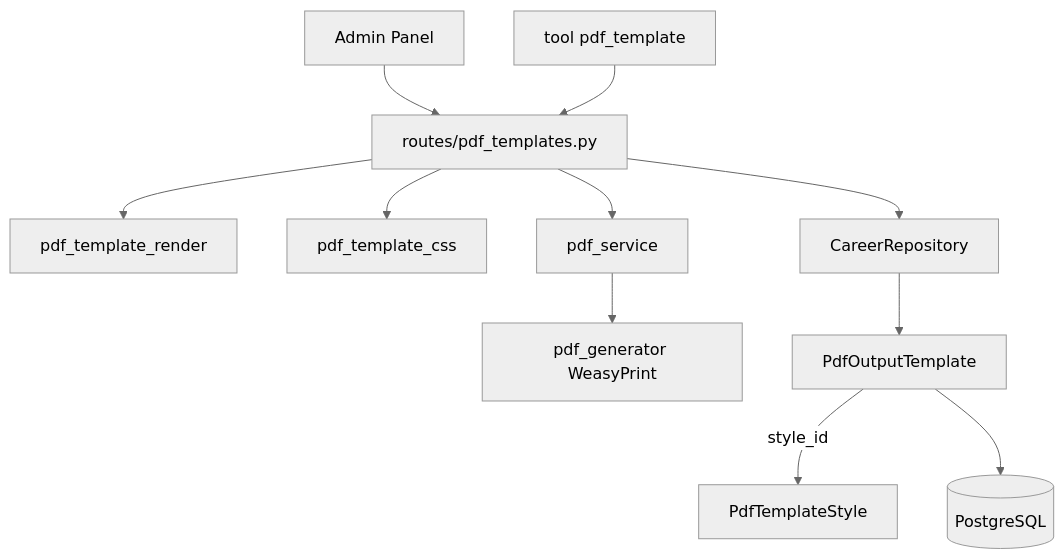
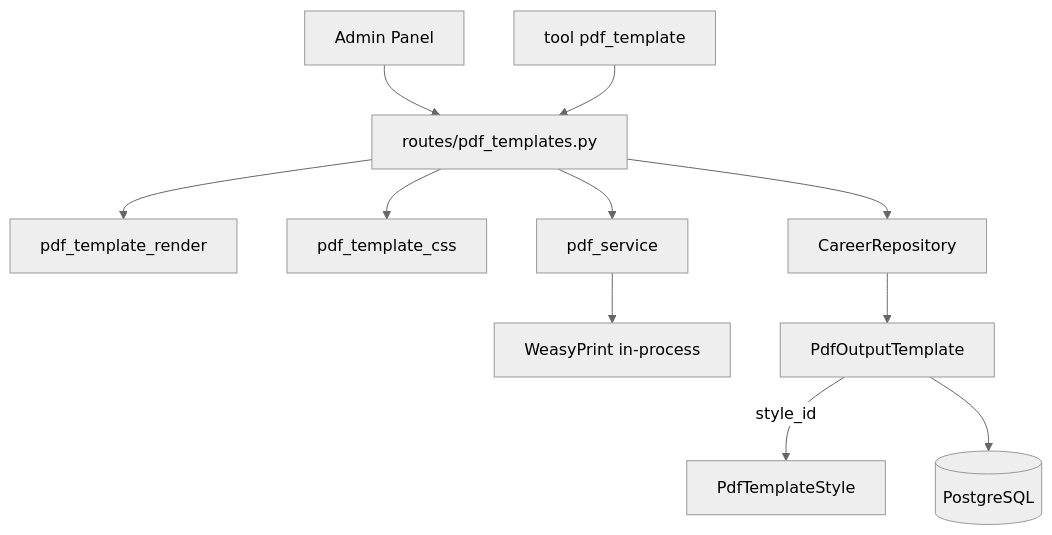
The diagram in cjhirashi-career-api/docs/sections/pdf-templates/README.md (cjhirashi/cjhirashi-career), drawn with Mermaid (neutral theme) before and after one commit. The commit also changed other lines of this file and 208 other files, not shown here.

````diff
--- a/cjhirashi-career-api/docs/sections/pdf-templates/README.md
+++ b/cjhirashi-career-api/docs/sections/pdf-templates/README.md
@@ -14,13 +14,13 @@
 ```mermaid
 flowchart TB
     Admin[Admin Panel] --> Tpl[routes/pdf_templates.py]
     Agent[tool pdf_template] --> Tpl
     Tpl --> Render[pdf_template_render]
     Tpl --> CSS[pdf_template_css]
     Tpl --> PDF[pdf_service]
-    PDF --> Gen[pdf_generator WeasyPrint]
+    PDF --> Gen[WeasyPrint in-process]
     Tpl --> Repo[CareerRepository]
     Repo --> Model[PdfOutputTemplate]
     Model -->|style_id| Style[PdfTemplateStyle]
     Model --> PG[(PostgreSQL)]
 ```
````
